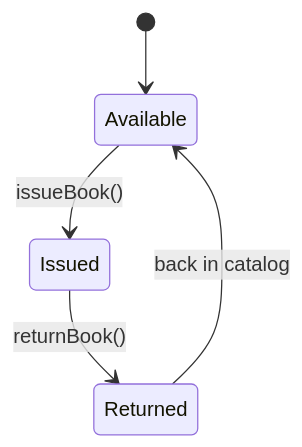
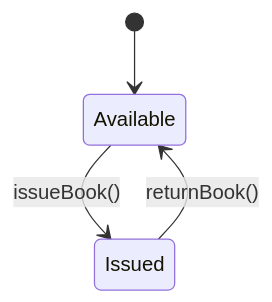
The sixth of 6 diagrams in README.md (MouhammadouOD/GST-library-management-system-ooa), drawn with Mermaid before and after one commit. The commit also changed other lines of this file and 1 other file, not shown here.

First line of the commit message:
docs: correct Book state diagram to match the actual 2-state implementation

````diff
--- a/README.md
+++ b/README.md
@@ -142,7 +142,6 @@
 ```mermaid
 stateDiagram-v2
     [*] --> Available
     Available --> Issued: issueBook()
-    Issued --> Returned: returnBook()
-    Returned --> Available: back in catalog
+    Issued --> Available: returnBook()
 ```
````
